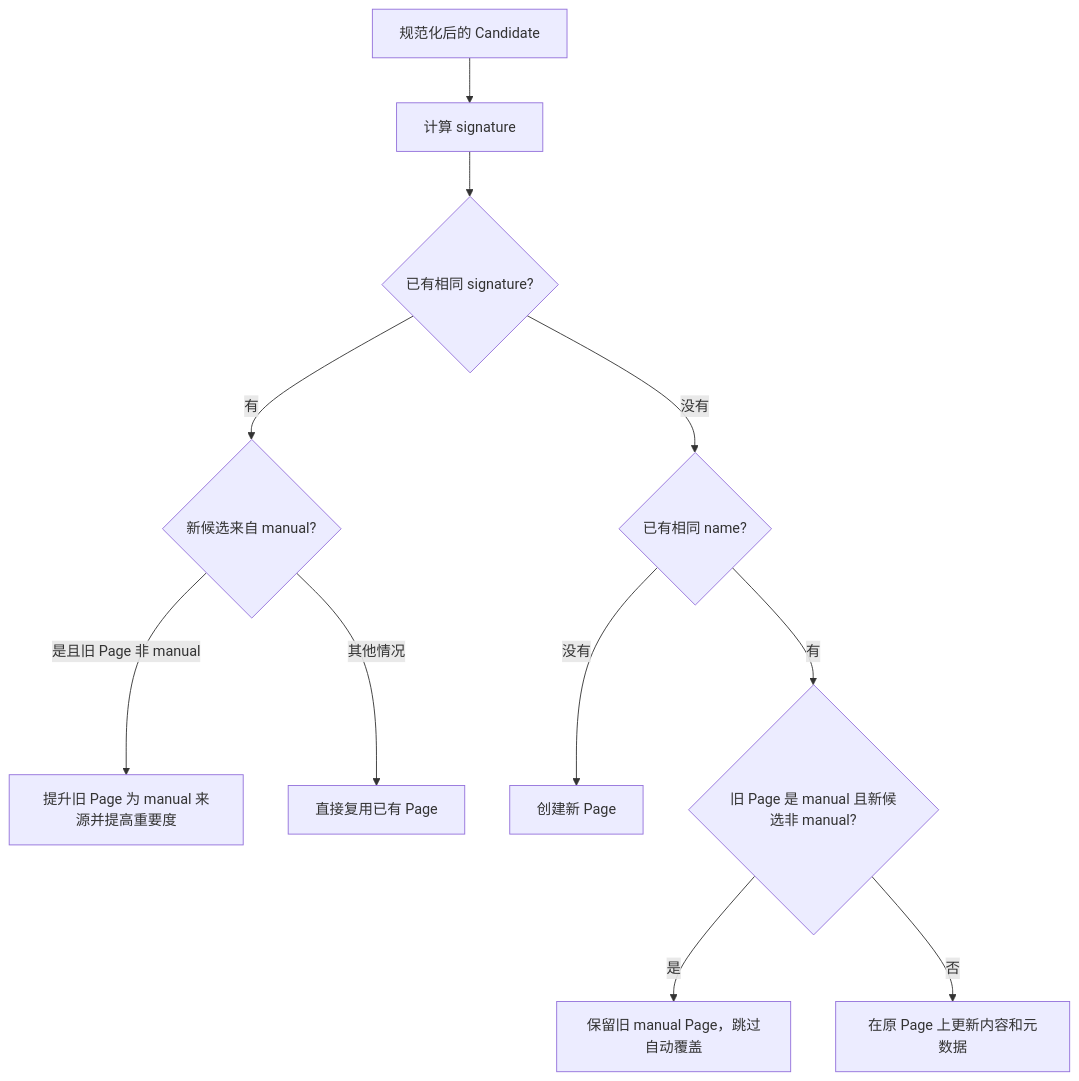
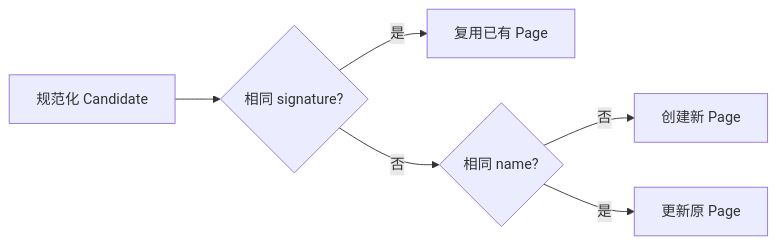
One commit to Arthur999459up/GitAgent changed the eighth of 10 diagrams in docs/11-long-term-memory.md. Above: the diagram before and after it, drawn with Mermaid. The commit also changed other lines of this file and 15 other files, not shown here.

````diff
--- a/docs/11-long-term-memory.md
+++ b/docs/11-long-term-memory.md
@@ -438,13 +196,8 @@
 ```mermaid
-flowchart TD
-    A[规范化后的 Candidate] --> B[计算 signature]
-    B --> C{已有相同 signature?}
-    C -->|有| D{新候选来自 manual?}
-    D -->|是且旧 Page 非 manual| E[提升旧 Page 为 manual 来源并提高重要度]
-    D -->|其他情况| F[直接复用已有 Page]
-    C -->|没有| G{已有相同 name?}
-    G -->|没有| H[创建新 Page]
-    G -->|有| I{旧 Page 是 manual 且新候选非 manual?}
-    I -->|是| J[保留旧 manual Page，跳过自动覆盖]
-    I -->|否| K[在原 Page 上更新内容和元数据]
+flowchart LR
+    C[规范化 Candidate] --> S{相同 signature?}
+    S -->|是| R[复用已有 Page]
+    S -->|否| N{相同 name?}
+    N -->|否| C2[创建新 Page]
+    N -->|是| U[更新原 Page]
 ```
````
